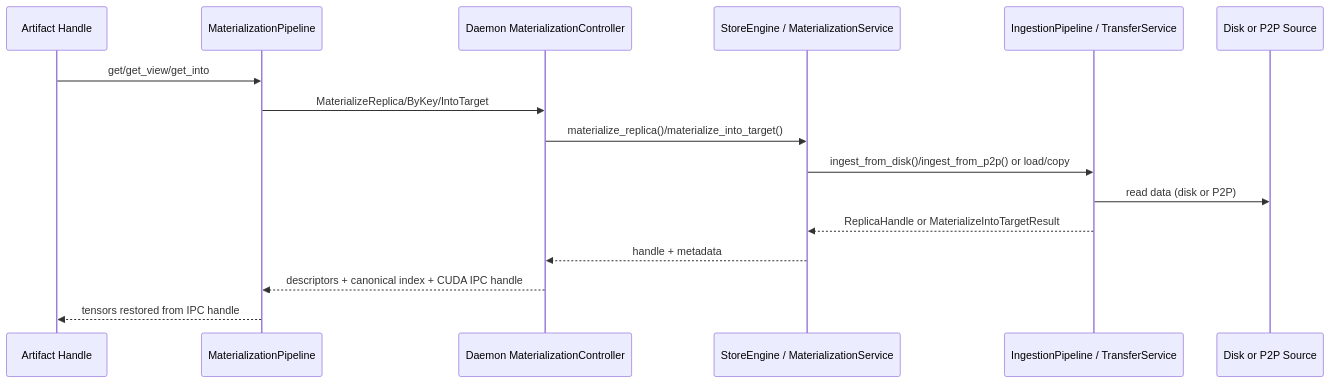
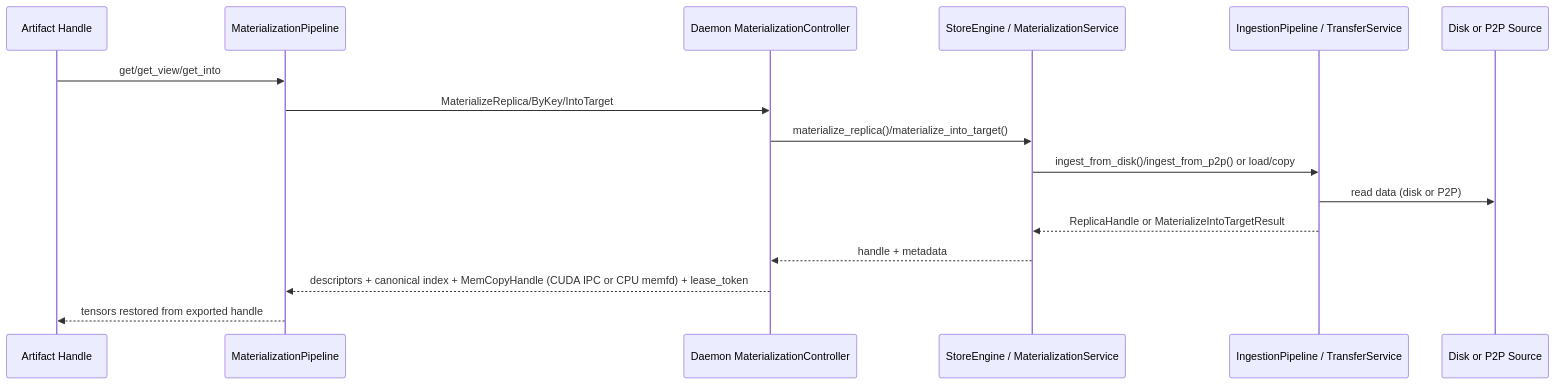
The diagram in docs/architecture/api/materialization-flow.md (tensorcast-ai/tensorcast), drawn with Mermaid before and after one commit. The commit also changed other lines of this file and 87 other files, not shown here.

````diff
--- a/docs/architecture/api/materialization-flow.md
+++ b/docs/architecture/api/materialization-flow.md
@@ -45,19 +48,19 @@
 ```mermaid
 sequenceDiagram
   participant H as Artifact Handle
   participant SDK as MaterializationPipeline
   participant DM as Daemon MaterializationController
   participant SE as StoreEngine / MaterializationService
   participant PL as IngestionPipeline / TransferService
   participant SRC as Disk or P2P Source
 
   H->>SDK: get/get_view/get_into
   SDK->>DM: MaterializeReplica/ByKey/IntoTarget
   DM->>SE: materialize_replica()/materialize_into_target()
   SE->>PL: ingest_from_disk()/ingest_from_p2p() or load/copy
   PL->>SRC: read data (disk or P2P)
   PL-->>SE: ReplicaHandle or MaterializeIntoTargetResult
   SE-->>DM: handle + metadata
-  DM-->>SDK: descriptors + canonical index + CUDA IPC handle
-  SDK-->>H: tensors restored from IPC handle
+  DM-->>SDK: descriptors + canonical index + MemCopyHandle (CUDA IPC or CPU memfd) + lease_token
+  SDK-->>H: tensors restored from exported handle
 ```
````
